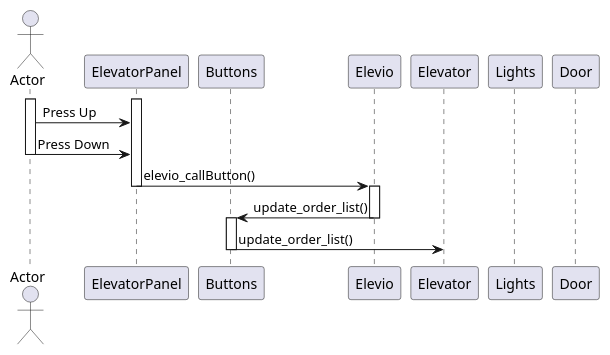
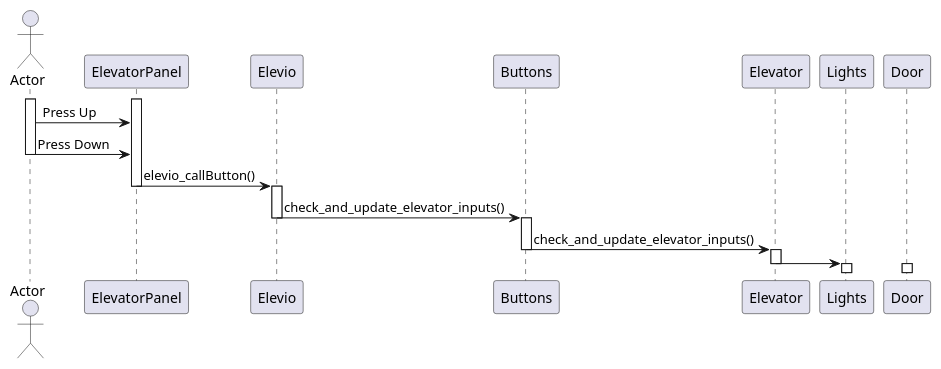
The diagram in skeleton_project/UML/sequenceDiagram.puml (SondreM-S/Tilpassede-Datasystemer), drawn with PlantUML before and after one commit. The commit also changed 4 other files, not shown here.

```diff
--- a/skeleton_project/UML/sequenceDiagram.puml
+++ b/skeleton_project/UML/sequenceDiagram.puml
@@ -5,28 +5,38 @@
 @startuml
 actor       Actor       as Actor
 participant ElevatorPanel    as ElevatorPanel
+participant Elevio      as Elevio
 participant Buttons     as Buttons
-participant Elevio    as Elevio
 participant Elevator    as Elevator
 participant Lights      as Lights
 participant Door        as Door
 
 activate ElevatorPanel
 activate Actor
 Actor -> ElevatorPanel : Press Up
 Actor -> ElevatorPanel : Press Down
 deactivate Actor
 
 ElevatorPanel -> Elevio : elevio_callButton()
 deactivate ElevatorPanel
 
 activate Elevio
-Elevio -> Buttons : update_order_list()
+Elevio -> Buttons : check_and_update_elevator_inputs()
 deactivate Elevio
 
 activate Buttons
-Buttons -> Elevator : update_order_list()
+Buttons -> Elevator : check_and_update_elevator_inputs()
 deactivate Buttons
+
+activate Elevator
+Elevator -> Lights :
+deactivate Elevator
+
+activate Lights
+deactivate Lights
+
+activate Door
+deactivate Door
 
 
 @enduml
```
